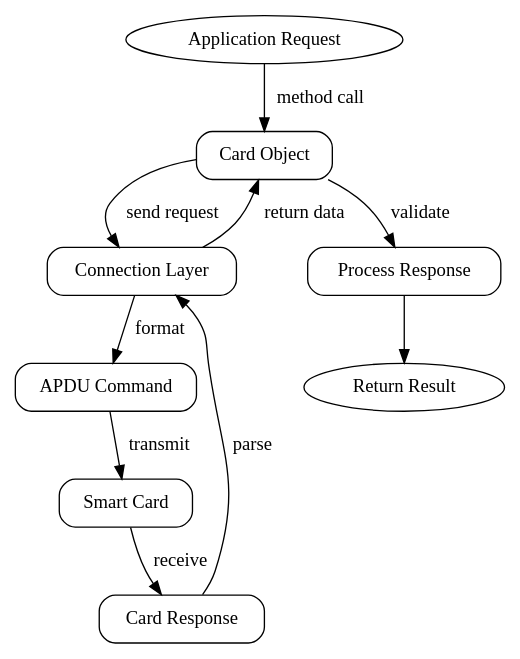
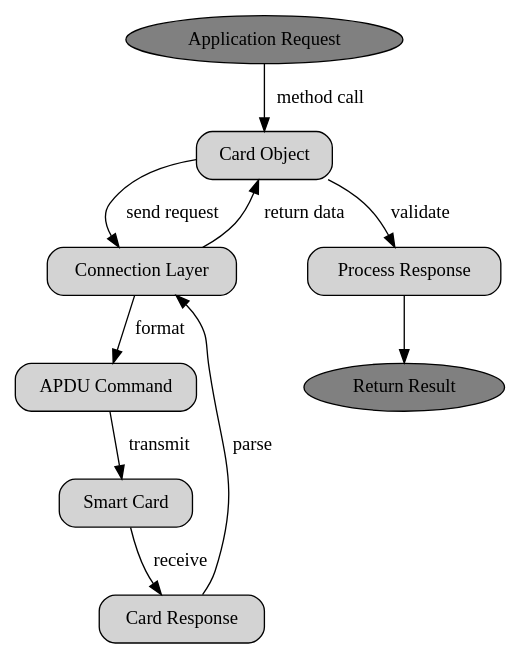
One commit to Cryptnox-Software/cryptnoxpy changed the sixth of 8 diagrams in docs/class_diagrams.rst. Above: the diagram before and after it, drawn with Graphviz. The commit also changed other lines of this file and 1 other file, not shown here.

Commit message:
Added gray colors to class diagrams

```diff
--- a/docs/class_diagrams.rst
+++ b/docs/class_diagrams.rst
@@ -252,27 +252,27 @@
 .. graphviz::
    :caption: Card Operation Data Flow
 
    digraph card_operation_flow {
       rankdir=TB;
-      node [shape=box, style="rounded", color=black, fontcolor=black];
+      node [shape=box, style="rounded,filled", color=black, fontcolor=black, fillcolor=lightgray];
       edge [color=black];
       
-      Start [label="Application Request", shape=ellipse];
+      Start [label="Application Request", shape=ellipse, fillcolor=gray];
       Card [label="Card Object"];
       Connection [label="Connection Layer"];
       APDU [label="APDU Command"];
       SmartCard [label="Smart Card"];
       Response [label="Card Response"];
       Process [label="Process Response"];
-      Result [label="Return Result", shape=ellipse];
+      Result [label="Return Result", shape=ellipse, fillcolor=gray];
       
       Start -> Card [label="method call"];
       Card -> Connection [label="send request"];
       Connection -> APDU [label="format"];
       APDU -> SmartCard [label="transmit"];
       SmartCard -> Response [label="receive"];
       Response -> Connection [label="parse"];
       Connection -> Card [label="return data"];
       Card -> Process [label="validate"];
       Process -> Result;
    }
```
